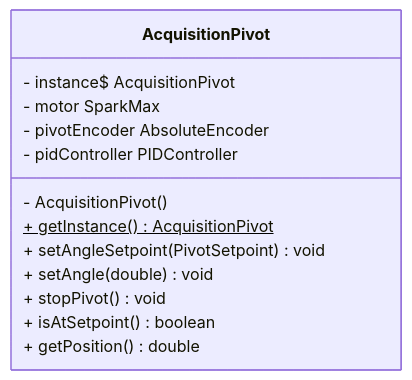
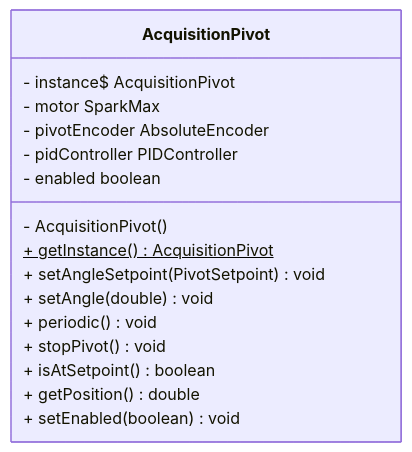
The diagram in src/uml/frc/robot/subsystems/AcquisitionPivot.mmd (LakotaRobotics1038/2026RobotProject), drawn with Mermaid before and after one commit. The commit also changed 14 other files, not shown here.

Commit message:
uml updates

```diff
--- a/src/uml/frc/robot/subsystems/AcquisitionPivot.mmd
+++ b/src/uml/frc/robot/subsystems/AcquisitionPivot.mmd
@@ -1,16 +1,19 @@
 classDiagram
   direction LR
 
   class AcquisitionPivot {
     - instance$ AcquisitionPivot
     - motor SparkMax
     - pivotEncoder AbsoluteEncoder
     - pidController PIDController
+    - enabled boolean
     - AcquisitionPivot()
     + getInstance()$ AcquisitionPivot
     + setAngleSetpoint(PivotSetpoint) void
     + setAngle(double) void
+    + periodic() void
     + stopPivot() void
     + isAtSetpoint() boolean
     + getPosition() double
+    + setEnabled(boolean) void
   }
```
